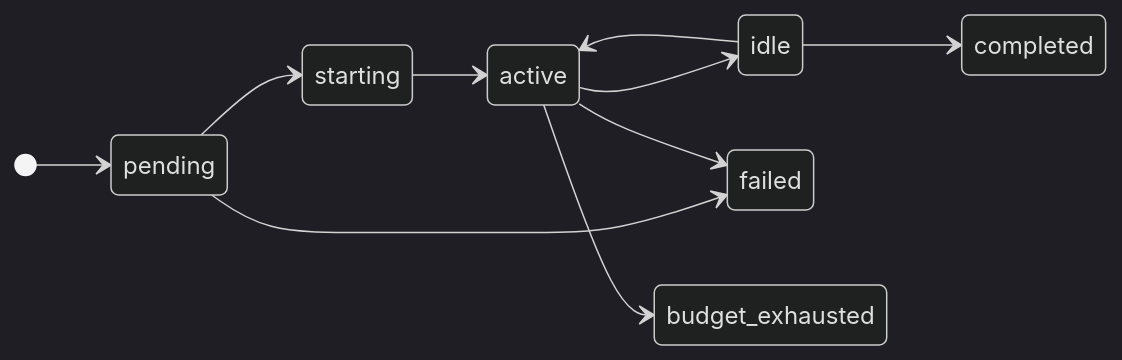
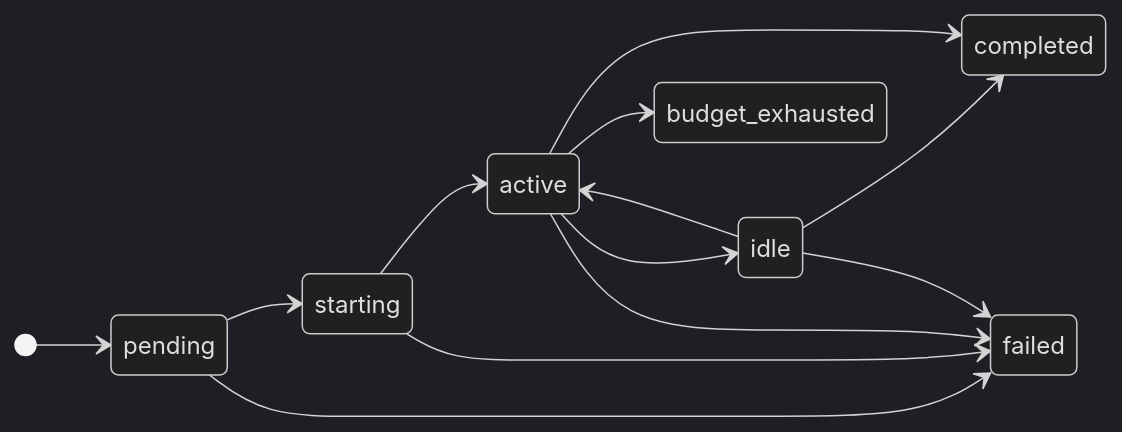
The diagram in docs/concepts/runs-and-sessions.md (runkora/kora), drawn with Mermaid (dark theme) before and after one commit. The commit also changed other lines of this file, not shown here.

````diff
--- a/docs/concepts/runs-and-sessions.md
+++ b/docs/concepts/runs-and-sessions.md
@@ -11,13 +11,16 @@
 ```mermaid
 stateDiagram-v2
     direction LR
     [*] --> pending
     pending --> starting
     starting --> active
     active --> idle
     idle --> active
     idle --> completed
+    active --> completed
     pending --> failed
+    starting --> failed
     active --> failed
+    idle --> failed
     active --> budget_exhausted
 ```
````
